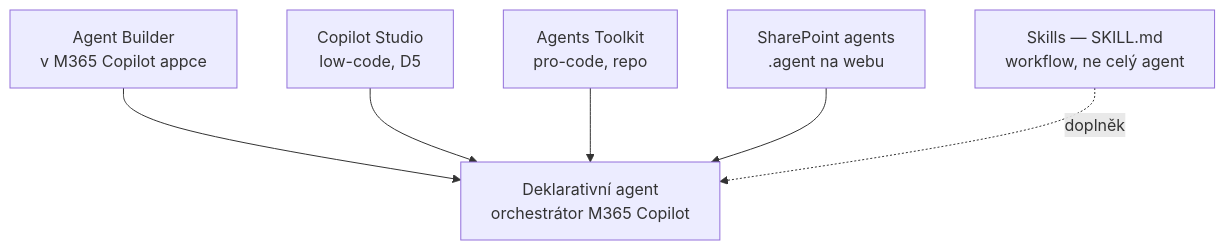
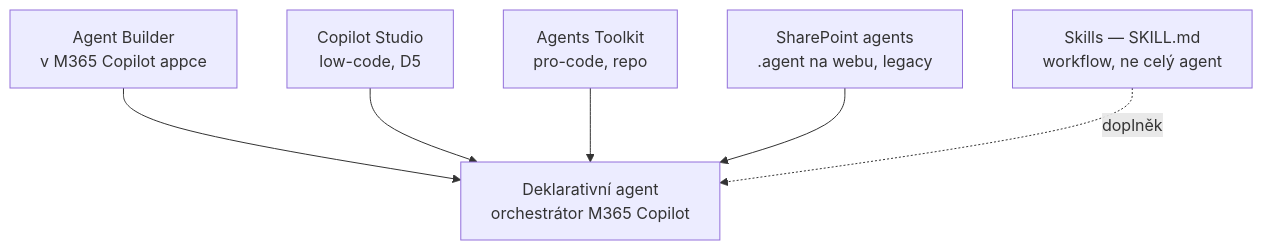
One commit to MalasekPetr/gopas-goc224 changed the diagram in day-4/copilot-agents/README.md. Above: the diagram before and after it, drawn with Mermaid. The commit also changed other lines of this file and 16 other files, not shown here.

````diff
--- a/day-4/copilot-agents/README.md
+++ b/day-4/copilot-agents/README.md
@@ -22,9 +40,9 @@
 ```mermaid
 flowchart TB
   DA[Deklarativní agent<br>orchestrátor M365 Copilot]
   AB[Agent Builder<br>v M365 Copilot appce] --> DA
   CS[Copilot Studio<br>low-code, D5] --> DA
   ATK[Agents Toolkit<br>pro-code, repo] --> DA
-  SPA[SharePoint agents<br>.agent na webu] --> DA
+  SPA[SharePoint agents<br>.agent na webu, legacy] --> DA
   SK[Skills — SKILL.md<br>workflow, ne celý agent] -.doplněk.-> DA
 ```
````
